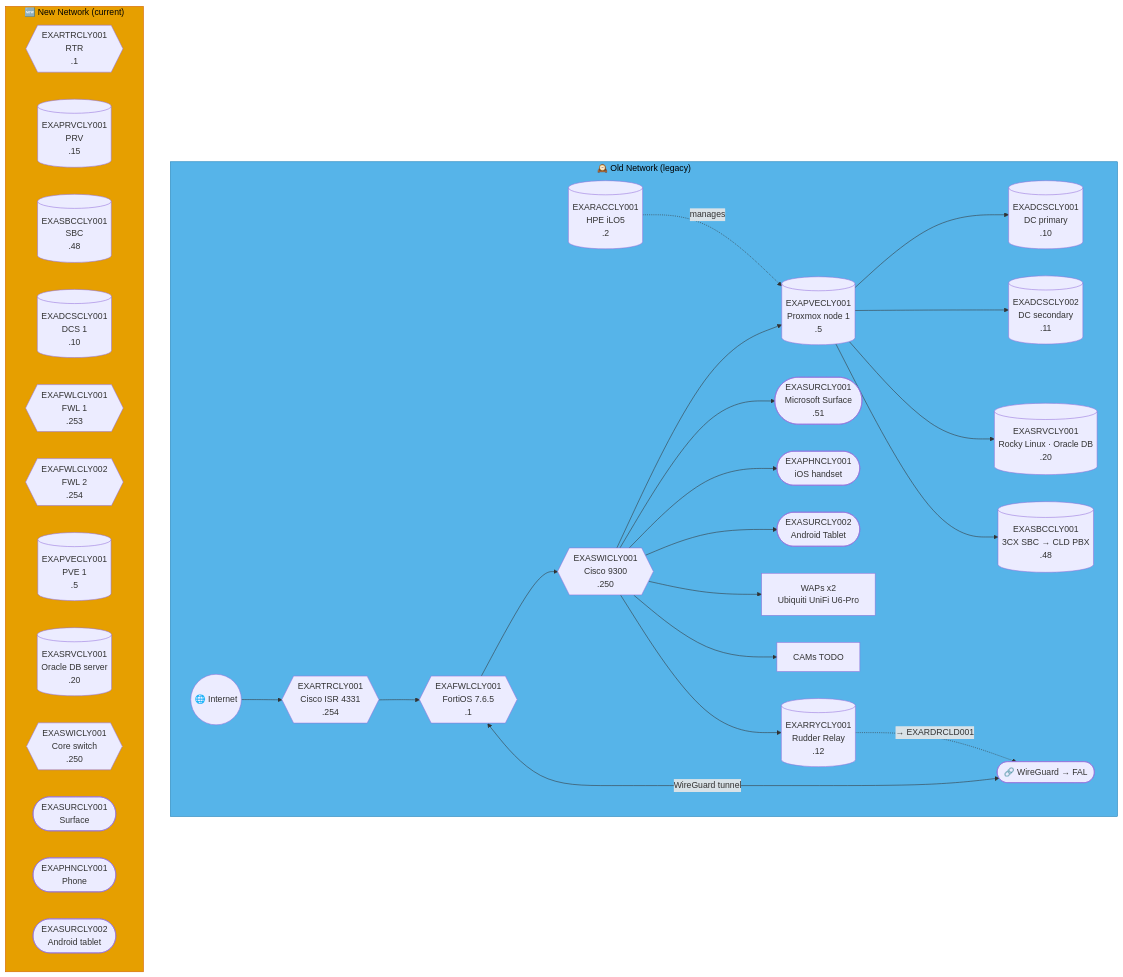
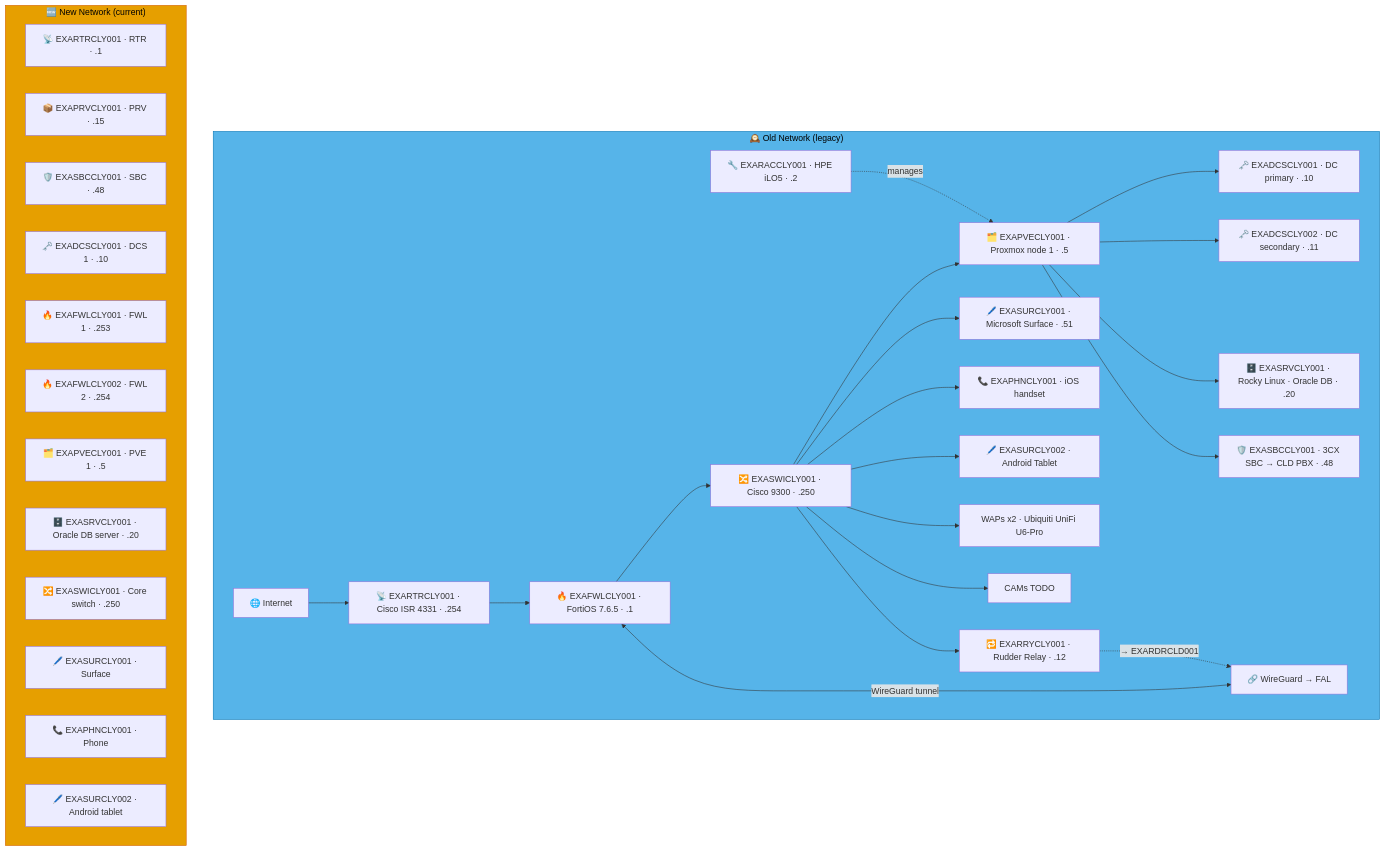
The fifth of 51 diagrams in docs/network-diagram.md (knightmare2600/example_music_infra), drawn with Mermaid before and after one commit. The commit also changed other lines of this file and 5 other files, not shown here.

````diff
--- a/docs/network-diagram.md
+++ b/docs/network-diagram.md
@@ -478,49 +479,49 @@
 ```mermaid
 graph TD
     subgraph OLD_CLY ["🕰️ Old Network (legacy)"]
-      INET(("🌐 Internet"))
-      FWL{{"EXAFWLCLY001<br/>FortiOS 7.6.5<br/>.1"}}
-      RTR{{"EXARTRCLY001<br/>Cisco ISR 4331<br/>.254"}}
-      SW{{"EXASWICLY001<br/>Cisco 9300<br/>.250"}}
-      RAC[("EXARACCLY001<br/>HPE iLO5<br/>.2")]
-      PVE[("EXAPVECLY001<br/>Proxmox node 1<br/>.5")]
-      DC1[("EXADCSCLY001<br/>DC primary<br/>.10")]
-      DC2[("EXADCSCLY002<br/>DC secondary<br/>.11")]
-      SRV[("EXASRVCLY001<br/>Rocky Linux · Oracle DB<br/>.20")]
-      SBC[("EXASBCCLY001<br/>3CX SBC → CLD PBX<br/>.48")]
-      RRY[("EXARRYCLY001<br/>Rudder Relay<br/>.12")]
-      SUR(["EXASURCLY001<br/>Microsoft Surface<br/>.51"])
-      PHN(["EXAPHNCLY001<br/>iOS handset"])
-      TAB(["EXASURCLY002<br/>Android Tablet"])
-      WAP["WAPs x2<br/>Ubiquiti UniFi U6-Pro"]
+      INET["🌐 Internet"]
+      FWL["🔥 EXAFWLCLY001 · FortiOS 7.6.5 · .1"]
+      RTR["📡 EXARTRCLY001 · Cisco ISR 4331 · .254"]
+      SW["🔀 EXASWICLY001 · Cisco 9300 · .250"]
+      RAC["🔧 EXARACCLY001 · HPE iLO5 · .2"]
+      PVE["🗂️ EXAPVECLY001 · Proxmox node 1 · .5"]
+      DC1["🗝️ EXADCSCLY001 · DC primary · .10"]
+      DC2["🗝️ EXADCSCLY002 · DC secondary · .11"]
+      SRV["🗄️ EXASRVCLY001 · Rocky Linux · Oracle DB · .20"]
+      SBC["🛡️ EXASBCCLY001 · 3CX SBC → CLD PBX · .48"]
+      RRY["🔁 EXARRYCLY001 · Rudder Relay · .12"]
+      SUR["🖊️ EXASURCLY001 · Microsoft Surface · .51"]
+      PHN["📞 EXAPHNCLY001 · iOS handset"]
+      TAB["🖊️ EXASURCLY002 · Android Tablet"]
+      WAP["WAPs x2 · Ubiquiti UniFi U6-Pro"]
       CAM["CAMs TODO"]
-      VPN(["🔗 WireGuard → FAL"])
+      VPN["🔗 WireGuard → FAL"]
 
       INET --> RTR --> FWL --> SW
       SW --> PVE --> DC1 & DC2 & SRV & SBC
       RAC -.->|"manages"| PVE
       SW --> SUR & PHN & TAB & WAP & CAM
       FWL <-->|"WireGuard tunnel"| VPN
 
       SW --> RRY
       RRY -. "→ EXARDRCLD001" .-> VPN
     end
     style OLD_CLY fill:#56B4E9,stroke:#0072B2,color:#000000
     %% GENERATED:NEW-NETWORK:CLY:START
     subgraph NEW_CLY ["🆕 New Network (current)"]
-      N_RTR{{"EXARTRCLY001<br/>RTR<br/>.1"}}
-      N_PRV[("EXAPRVCLY001<br/>PRV<br/>.15")]
-      N_SBC[("EXASBCCLY001<br/>SBC<br/>.48")]
-      N_DCS[("EXADCSCLY001<br/>DCS 1<br/>.10")]
-      N_FWL{{"EXAFWLCLY001<br/>FWL 1<br/>.253"}}
-      N_FWL2{{"EXAFWLCLY002<br/>FWL 2<br/>.254"}}
-      N_PVE[("EXAPVECLY001<br/>PVE 1<br/>.5")]
-      N_SRV[("EXASRVCLY001<br/>Oracle DB server<br/>.20")]
-      N_SWI{{"EXASWICLY001<br/>Core switch<br/>.250"}}
-      N_SUR(["EXASURCLY001<br/>Surface"])
-      N_PHN(["EXAPHNCLY001<br/>Phone"])
-      N_SUR2(["EXASURCLY002<br/>Android tablet"])
+      N_RTR["📡 EXARTRCLY001 · RTR · .1"]
+      N_PRV["📦 EXAPRVCLY001 · PRV · .15"]
+      N_SBC["🛡️ EXASBCCLY001 · SBC · .48"]
+      N_DCS["🗝️ EXADCSCLY001 · DCS 1 · .10"]
+      N_FWL["🔥 EXAFWLCLY001 · FWL 1 · .253"]
+      N_FWL2["🔥 EXAFWLCLY002 · FWL 2 · .254"]
+      N_PVE["🗂️ EXAPVECLY001 · PVE 1 · .5"]
+      N_SRV["🗄️ EXASRVCLY001 · Oracle DB server · .20"]
+      N_SWI["🔀 EXASWICLY001 · Core switch · .250"]
+      N_SUR["🖊️ EXASURCLY001 · Surface"]
+      N_PHN["📞 EXAPHNCLY001 · Phone"]
+      N_SUR2["🖊️ EXASURCLY002 · Android tablet"]
     end
     style NEW_CLY fill:#E69F00,stroke:#D55E00,color:#000000
     %% GENERATED:NEW-NETWORK:CLY:END
 ```
````
